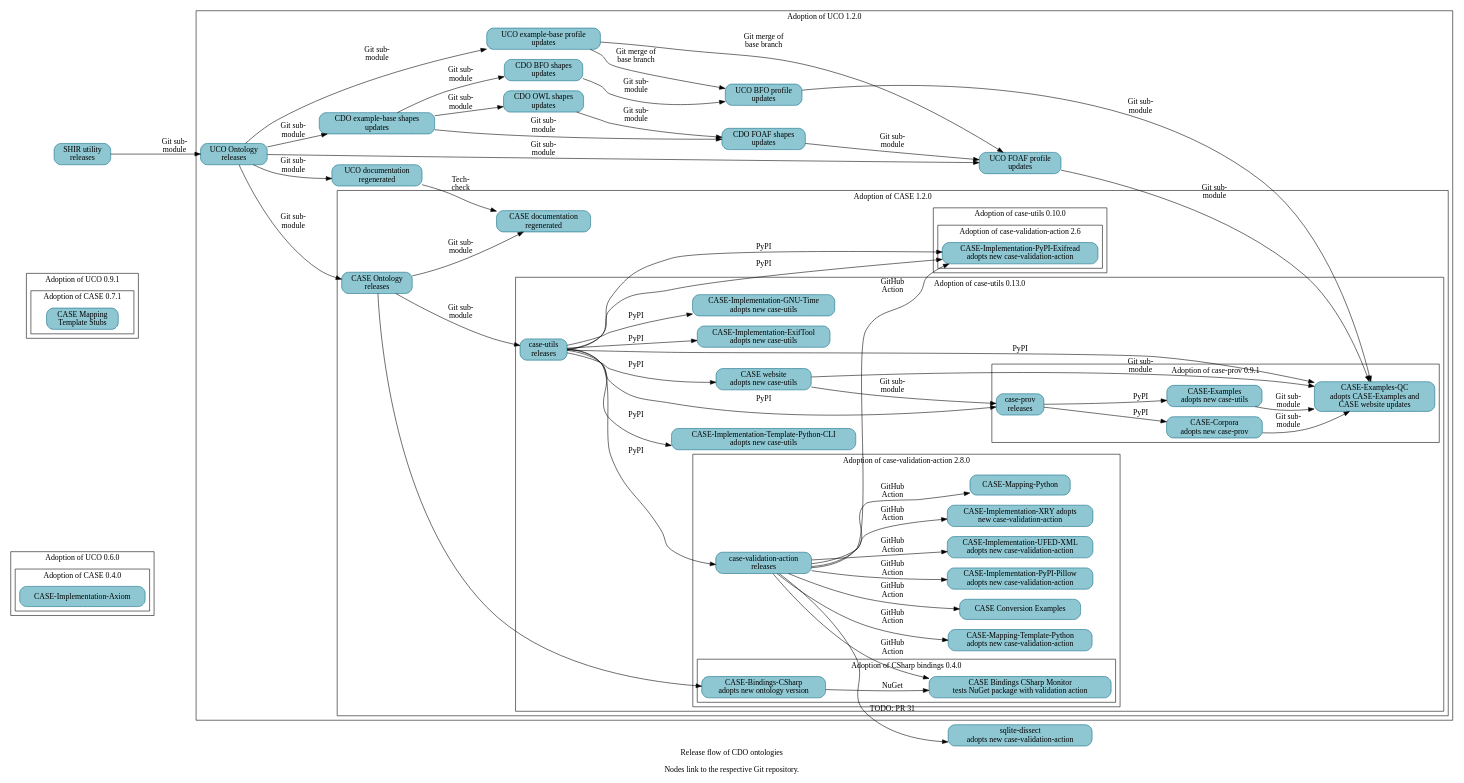
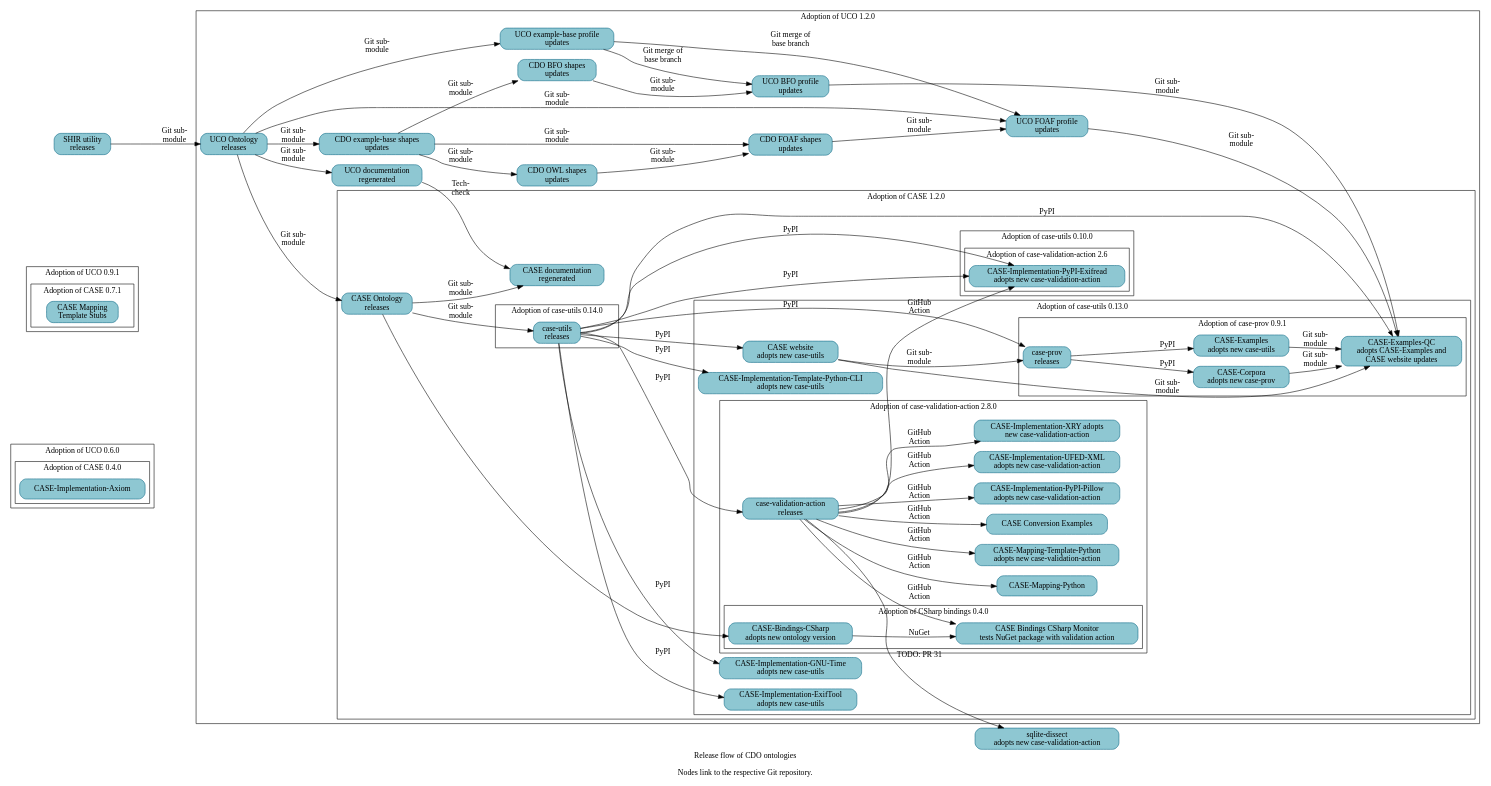
One commit to Cyber-Domain-Ontology/cdo.github.io changed the diagram in resources/project_release_flow.dot. Above: the diagram before and after it, drawn with Graphviz.

Commit message:
Add case-utils 0.14.0 release
A follow-on patch will regenerate Make-managed files.

```diff
--- a/resources/project_release_flow.dot
+++ b/resources/project_release_flow.dot
@@ -1,145 +1,149 @@
 digraph "cdo_release_flow" {
   label = "Release flow of CDO ontologies\n\nNodes link to the respective Git repository." ;
   rankdir = "LR" ;
   node [shape="rectangle" style="filled,rounded" fillcolor="#8EC7D2" color="#0D6986"] ;
 
   // Define nodes in their corresponding progress subgraph.
 
   subgraph cluster_uco_0_6_0 {
     label = "Adoption of UCO 0.6.0" ;
 
     subgraph cluster_case_0_4_0 {
       label = "Adoption of CASE 0.4.0" ;
       _GH__CASEWORK__CASE_IMPLEMENTATION_AXIOM [URL="https://github.com/casework/CASE-Implementation-Axiom" label="CASE-Implementation-Axiom"] ;
     }
   }
 
   subgraph cluster_uco_0_9_1 {
     label = "Adoption of UCO 0.9.1" ;
 
     subgraph cluster_case_0_7_1 {
       label = "Adoption of CASE 0.7.1" ;
       _GH__CASEWORK__CASE_MAPPING_TEMPLATE_STUBS [URL="https://github.com/casework/CASE-Mapping-Template-Stubs" label="CASE Mapping\nTemplate Stubs"] ;
     }
   }
 
   subgraph cluster_uco_1_2_0 {
     label = "Adoption of UCO 1.2.0" ;
 
     _GH__CYBER_DOMAIN_ONTOLOGY__CDO_SHAPES_BFO [URL="https://github.com/Cyber-Domain-Ontology/CDO-Shapes-BFO" label="CDO BFO shapes\nupdates"] ;
     _GH__CYBER_DOMAIN_ONTOLOGY__CDO_SHAPES_EXAMPLE [URL="https://github.com/Cyber-Domain-Ontology/CDO-Shapes-Example" label="CDO example-base shapes\nupdates"] ;
     _GH__CYBER_DOMAIN_ONTOLOGY__CDO_SHAPES_FOAF [URL="https://github.com/Cyber-Domain-Ontology/CDO-Shapes-FOAF" label="CDO FOAF shapes\nupdates"] ;
     _GH__CYBER_DOMAIN_ONTOLOGY__CDO_SHAPES_OWL [URL="https://github.com/Cyber-Domain-Ontology/CDO-Shapes-OWL" label="CDO OWL shapes\nupdates"] ;
     _GH__UCOPROJECT__ONTOLOGY_UNIFIEDCYBERONTOLOGY_ORG [URL="https://github.com/ucoProject/ontology.unifiedcyberontology.org" label="UCO documentation\nregenerated"] ;
     _GH__UCOPROJECT__UCO [URL="https://github.com/ucoProject/UCO" label="UCO Ontology\nreleases"] ;
     _GH__UCOPROJECT__UCO_PROFILE_BFO [URL="https://github.com/ucoProject/UCO-Profile-BFO" label="UCO BFO profile\nupdates"] ;
     _GH__UCOPROJECT__UCO_PROFILE_EXAMPLE [URL="https://github.com/ucoProject/UCO-Profile-Example" label="UCO example-base profile\nupdates"] ;
     _GH__UCOPROJECT__UCO_PROFILE_FOAF [URL="https://github.com/ucoProject/UCO-Profile-FOAF" label="UCO FOAF profile\nupdates"] ;
 
     subgraph cluster_case_1_2_0 {
       label = "Adoption of CASE 1.2.0" ;
 
       _GH__CASEWORK__CASE [URL="https://github.com/casework/CASE" label="CASE Ontology\nreleases"] ;
       _GH__CASEWORK__ONTOLOGY_CASEONTOLOGY_ORG [URL="https://github.com/casework/ontology.caseontology.org" label="CASE documentation\nregenerated"] ;
 
       subgraph cluster_case_utils_0_10_0 {
         label = "Adoption of case-utils 0.10.0" ;
 
         subgraph cluster_case_validation_action_2_6 {
           label = "Adoption of case-validation-action 2.6" ;
 
           _GH__CASEWORK__CASE_IMPLEMENTATION_PYPI_EXIFREAD [URL="https://github.com/casework/CASE-Implementation-PyPI-Exifread" label="CASE-Implementation-PyPI-Exifread\nadopts new case-validation-action"] ;
         }
       }
 
       subgraph cluster_case_utils_0_13_0 {
         label = "Adoption of case-utils 0.13.0" ;
 
         _GH__CASEWORK__CASE_IMPLEMENTATION_EXIFTOOL [URL="https://github.com/casework/CASE-Implementation-ExifTool" label="CASE-Implementation-ExifTool\nadopts new case-utils"] ;
         _GH__CASEWORK__CASE_IMPLEMENTATION_GNU_TIME [URL="https://github.com/casework/CASE-Implementation-GNU-Time" label="CASE-Implementation-GNU-Time\nadopts new case-utils"] ;
         _GH__CASEWORK__CASE_IMPLEMENTATION_TEMPLATE_PYTHON_CLI [URL="https://github.com/casework/CASE-Implementation-Template-Python-CLI" label="CASE-Implementation-Template-Python-CLI\nadopts new case-utils"]
-        _GH__CASEWORK__CASE_UTILITIES_PYTHON [URL="https://github.com/casework/CASE-Utilities-Python" label="case-utils\nreleases"] ;
         _GH__CASEWORK__CASEWORK_GITHUB_IO [URL="https://github.com/casework/casework.github.io" label="CASE website\nadopts new case-utils"] ;
 
         subgraph cluster_case_prov_0_9_1 {
           label = "Adoption of case-prov 0.9.1" ;
 
           _GH__AJNELSON_NIST__CASE_EXAMPLES_QC [URL="https://github.com/ajnelson-nist/CASE-Examples-QC" label="CASE-Examples-QC\nadopts CASE-Examples and\nCASE website updates"] ;
           _GH__CASEWORK__CASE_CORPORA [URL="https://github.com/casework/CASE-Corpora" label="CASE-Corpora\nadopts new case-prov"] ;
           _GH__CASEWORK__CASE_EXAMPLES [URL="https://github.com/casework/CASE-Examples" label="CASE-Examples\nadopts new case-utils"] ;
           _GH__CASEWORK__CASE_IMPLEMENTATION_PROV_O [URL="https://github.com/casework/CASE-Implementation-PROV-O" label="case-prov\nreleases"] ;
         }
 
         subgraph cluster_case_validation_action_2_8_0 {
           label = "Adoption of case-validation-action 2.8.0" ;
 
           _GH__KCHASON__CASE_VALIDATION_ACTION [URL="https://github.com/kchason/case-validation-action" label="case-validation-action\nreleases"] ;
           _GH__CASEWORK__CASE_EXAMPLES_CONVERSION [URL="https://github.com/casework/CASE-Examples-Conversion" label="CASE Conversion Examples"] ;
           _GH__CASEWORK__CASE_IMPLEMENTATION_PYPI_PILLOW [URL="https://github.com/casework/CASE-Implementation-PyPI-Pillow" label="CASE-Implementation-PyPI-Pillow\nadopts new case-validation-action"] ;
           _GH__CASEWORK__CASE_IMPLEMENTATION_UFED_XML [URL="https://github.com/casework/CASE-Implementation-UFED-XML" label="CASE-Implementation-UFED-XML\nadopts new case-validation-action"] ;
           _GH__CASEWORK__CASE_IMPLEMENTATION_XRY [URL="https://github.com/casework/CASE-Implementation-XRY" label="CASE-Implementation-XRY adopts\nnew case-validation-action"] ;
           _GH__CASEWORK__CASE_MAPPING_PYTHON [URL="https://github.com/casework/CASE-Mapping-Python/" label="CASE-Mapping-Python"] ;
           _GH__CASEWORK__CASE_MAPPING_TEMPLATE_PYTHON [URL="https://github.com/casework/CASE-Mapping-Template-Python" label="CASE-Mapping-Template-Python\nadopts new case-validation-action"] ;
 
           subgraph cluster_case_bindings_csharp_0_4_0 {
             label = "Adoption of CSharp bindings 0.4.0" ;
 
             _GH__CASEWORK__CASE_BINDINGS_CSHARP_MONITOR [URL="https://github.com/casework/CASE-Bindings-CSharp-Monitor" label="CASE Bindings CSharp Monitor\ntests NuGet package with validation action"] ;
             _GH__CIPHERTECHSOLUTIONS__CASE_BINDINGS_CSHARP [URL="https://github.com/ciphertechsolutions/CASE-Bindings-CSharp" label="CASE-Bindings-CSharp\nadopts new ontology version"] ;
           }
         }
+      }
+
+      subgraph cluster_case_utils_0_14_0 {
+        label = "Adoption of case-utils 0.14.0" ;
+        _GH__CASEWORK__CASE_UTILITIES_PYTHON [URL="https://github.com/casework/CASE-Utilities-Python" label="case-utils\nreleases"] ;
       }
     }
   }
 
   _GH__CASEWORK__CASE_UTILITY_SHACL_INHERITANCE_REVIEWER [URL="https://github.com/casework/CASE-Utility-SHACL-Inheritance-Reviewer" label="SHIR utility\nreleases"] ;
   _GH__DOD_CYBER_CRIME_CENTER__SQLITE_DISSECT [URL="https://github.com/dod-cyber-crime-center/sqlite-dissect" label="sqlite-dissect\nadopts new case-validation-action"] ;
 
   // Begin edges
 
   _GH__CASEWORK__CASEWORK_GITHUB_IO -> _GH__CASEWORK__CASE_IMPLEMENTATION_PROV_O [label="Git sub-\nmodule"] ;
   _GH__CASEWORK__CASE_CORPORA -> _GH__AJNELSON_NIST__CASE_EXAMPLES_QC [label="Git sub-\nmodule"] ;
   _GH__CASEWORK__CASE -> _GH__CASEWORK__CASE_UTILITIES_PYTHON [label="Git sub-\nmodule"] ;
   _GH__CASEWORK__CASE -> _GH__CIPHERTECHSOLUTIONS__CASE_BINDINGS_CSHARP ;
   _GH__CASEWORK__CASE -> _GH__CASEWORK__ONTOLOGY_CASEONTOLOGY_ORG [label="Git sub-\nmodule"] ; 
   _GH__CASEWORK__CASE_EXAMPLES -> _GH__AJNELSON_NIST__CASE_EXAMPLES_QC [label="Git sub-\nmodule"] ;
   _GH__CASEWORK__CASE_IMPLEMENTATION_PROV_O -> _GH__CASEWORK__CASE_CORPORA [label="PyPI"] ;
   _GH__CASEWORK__CASE_IMPLEMENTATION_PROV_O -> _GH__CASEWORK__CASE_EXAMPLES [label="PyPI"] ;
   _GH__CASEWORK__CASE_UTILITIES_PYTHON -> _GH__AJNELSON_NIST__CASE_EXAMPLES_QC [label="PyPI"] ;
   _GH__CASEWORK__CASE_UTILITIES_PYTHON -> _GH__CASEWORK__CASE_IMPLEMENTATION_EXIFTOOL [label="PyPI"] ;
   _GH__CASEWORK__CASE_UTILITIES_PYTHON -> _GH__CASEWORK__CASE_IMPLEMENTATION_GNU_TIME [label="PyPI"] ;
   _GH__CASEWORK__CASE_UTILITIES_PYTHON -> _GH__CASEWORK__CASE_IMPLEMENTATION_PROV_O [label="PyPI"] ;
   _GH__CASEWORK__CASE_UTILITIES_PYTHON -> _GH__CASEWORK__CASE_IMPLEMENTATION_PYPI_EXIFREAD [label="PyPI"] ;
   _GH__CASEWORK__CASE_UTILITIES_PYTHON -> _GH__CASEWORK__CASE_IMPLEMENTATION_TEMPLATE_PYTHON_CLI [label="PyPI"];
   _GH__CASEWORK__CASE_UTILITIES_PYTHON -> _GH__KCHASON__CASE_VALIDATION_ACTION [label="PyPI"] ;
   _GH__CASEWORK__CASE_UTILITIES_PYTHON -> _GH__CASEWORK__CASEWORK_GITHUB_IO [label="PyPI"] ;
   _GH__CASEWORK__CASE_UTILITY_SHACL_INHERITANCE_REVIEWER -> _GH__UCOPROJECT__UCO [label="Git sub-\nmodule"] ;
   _GH__CASEWORK__CASEWORK_GITHUB_IO -> _GH__AJNELSON_NIST__CASE_EXAMPLES_QC [label="Git sub-\nmodule"] ;
   _GH__CIPHERTECHSOLUTIONS__CASE_BINDINGS_CSHARP -> _GH__CASEWORK__CASE_BINDINGS_CSHARP_MONITOR [label="NuGet"] ;
   _GH__CYBER_DOMAIN_ONTOLOGY__CDO_SHAPES_BFO -> _GH__UCOPROJECT__UCO_PROFILE_BFO [label="Git sub-\nmodule"] ;
   _GH__CYBER_DOMAIN_ONTOLOGY__CDO_SHAPES_EXAMPLE -> _GH__CYBER_DOMAIN_ONTOLOGY__CDO_SHAPES_BFO [label="Git sub-\nmodule"] ;
   _GH__CYBER_DOMAIN_ONTOLOGY__CDO_SHAPES_EXAMPLE -> _GH__CYBER_DOMAIN_ONTOLOGY__CDO_SHAPES_FOAF [label="Git sub-\nmodule"] ;
   _GH__CYBER_DOMAIN_ONTOLOGY__CDO_SHAPES_EXAMPLE -> _GH__CYBER_DOMAIN_ONTOLOGY__CDO_SHAPES_OWL [label="Git sub-\nmodule"] ;
   _GH__CYBER_DOMAIN_ONTOLOGY__CDO_SHAPES_FOAF -> _GH__UCOPROJECT__UCO_PROFILE_FOAF [label="Git sub-\nmodule"] ;
   _GH__CYBER_DOMAIN_ONTOLOGY__CDO_SHAPES_OWL -> _GH__CYBER_DOMAIN_ONTOLOGY__CDO_SHAPES_FOAF [label="Git sub-\nmodule"] ;
   _GH__KCHASON__CASE_VALIDATION_ACTION -> _GH__CASEWORK__CASE_BINDINGS_CSHARP_MONITOR [label="GitHub\nAction"] ;
   _GH__KCHASON__CASE_VALIDATION_ACTION -> _GH__CASEWORK__CASE_EXAMPLES_CONVERSION [label="GitHub\nAction"];
   _GH__CASEWORK__CASE_UTILITIES_PYTHON -> _GH__CASEWORK__CASE_IMPLEMENTATION_PYPI_EXIFREAD [label="PyPI"] ;
   _GH__KCHASON__CASE_VALIDATION_ACTION -> _GH__CASEWORK__CASE_IMPLEMENTATION_PYPI_EXIFREAD [label="GitHub\nAction"] ;
   _GH__KCHASON__CASE_VALIDATION_ACTION -> _GH__CASEWORK__CASE_IMPLEMENTATION_PYPI_PILLOW [label="GitHub\nAction"] ;
   _GH__KCHASON__CASE_VALIDATION_ACTION -> _GH__CASEWORK__CASE_IMPLEMENTATION_UFED_XML [label="GitHub\nAction"] ;
   _GH__KCHASON__CASE_VALIDATION_ACTION -> _GH__CASEWORK__CASE_IMPLEMENTATION_XRY [label="GitHub\nAction"] ;
   _GH__KCHASON__CASE_VALIDATION_ACTION -> _GH__CASEWORK__CASE_MAPPING_PYTHON [label="GitHub\nAction"] ;
   _GH__KCHASON__CASE_VALIDATION_ACTION -> _GH__CASEWORK__CASE_MAPPING_TEMPLATE_PYTHON [label="GitHub\nAction"] ;
   _GH__KCHASON__CASE_VALIDATION_ACTION -> _GH__DOD_CYBER_CRIME_CENTER__SQLITE_DISSECT [URL="https://github.com/dod-cyber-crime-center/sqlite-dissect/pull/31" label="TODO: PR 31"] ;
   _GH__UCOPROJECT__ONTOLOGY_UNIFIEDCYBERONTOLOGY_ORG -> _GH__CASEWORK__ONTOLOGY_CASEONTOLOGY_ORG [label="Tech-\ncheck"];
   _GH__UCOPROJECT__UCO -> _GH__CASEWORK__CASE [label="Git sub-\nmodule"] ;
   _GH__UCOPROJECT__UCO -> _GH__CYBER_DOMAIN_ONTOLOGY__CDO_SHAPES_EXAMPLE [label="Git sub-\nmodule"] ;
   _GH__UCOPROJECT__UCO -> _GH__UCOPROJECT__ONTOLOGY_UNIFIEDCYBERONTOLOGY_ORG [label="Git sub-\nmodule"] ;
   _GH__UCOPROJECT__UCO -> _GH__UCOPROJECT__UCO_PROFILE_EXAMPLE [label="Git sub-\nmodule"] ;
   _GH__UCOPROJECT__UCO -> _GH__UCOPROJECT__UCO_PROFILE_FOAF [label="Git sub-\nmodule"] ;
   _GH__UCOPROJECT__UCO_PROFILE_BFO -> _GH__AJNELSON_NIST__CASE_EXAMPLES_QC [label="Git sub-\nmodule"] ;
   _GH__UCOPROJECT__UCO_PROFILE_EXAMPLE -> _GH__UCOPROJECT__UCO_PROFILE_BFO [label="Git merge of\nbase branch"] ;
   _GH__UCOPROJECT__UCO_PROFILE_EXAMPLE -> _GH__UCOPROJECT__UCO_PROFILE_FOAF [label="Git merge of\nbase branch"] ;
   _GH__UCOPROJECT__UCO_PROFILE_FOAF -> _GH__AJNELSON_NIST__CASE_EXAMPLES_QC [label="Git sub-\nmodule"] ;
 }
```
